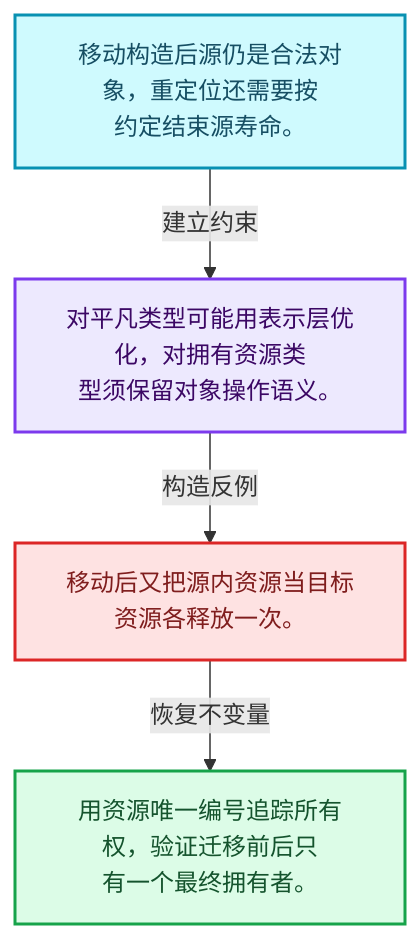
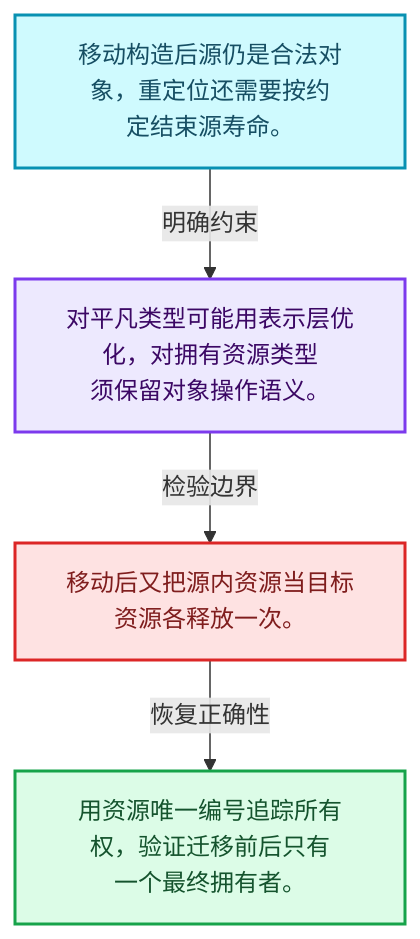
One commit to yunkezengren/blender-.vscode changed the first of 4 diagrams in 杂/markdown/全面学习-codex/03-内存分配与运行时类型/09-CPPType复制移动重定位.md. Above: the diagram before and after it, drawn with Mermaid. The commit also changed other lines of this file and 1930 other files, not shown here.

````diff
--- a/杂/markdown/全面学习-codex/03-内存分配与运行时类型/09-CPPType复制移动重定位.md
+++ b/杂/markdown/全面学习-codex/03-内存分配与运行时类型/09-CPPType复制移动重定位.md
@@ -29,16 +29,16 @@
 ```mermaid
 flowchart TB
-  M["移动构造后源仍是合法对象，重定位还需要按<br/>约定结束源寿命。"]:::data
-  T["对平凡类型可能用表示层优化，对拥有资源类<br/>型须保留对象操作语义。"]:::abstraction
-  X["移动后又把源内资源当目标资源各释放一次。"]:::error
-  A["用资源唯一编号追踪所有权，验证迁移前后只<br/>有一个最终拥有者。"]:::result
-  M -->|"建立约束"| T
-  T -->|"构造反例"| X
-  X -->|"恢复不变量"| A
+  M["移动构造后源仍是合法对象，重定位还需要按约<br/>定结束源寿命。"]:::data
+  C["对平凡类型可能用表示层优化，对拥有资源类型<br/>须保留对象操作语义。"]:::abstraction
+  B["移动后又把源内资源当目标资源各释放一次。"]:::error
+  R["用资源唯一编号追踪所有权，验证迁移前后只有<br/>一个最终拥有者。"]:::result
+  M -->|"明确约束"| C
+  C -->|"检验边界"| B
+  B -->|"恢复正确性"| R
   classDef input fill:#DBEAFE,stroke:#2563EB,color:#172554,stroke-width:2px;
   classDef data fill:#CFFAFE,stroke:#0891B2,color:#164E63,stroke-width:2px;
   classDef abstraction fill:#EDE9FE,stroke:#7C3AED,color:#3B0764,stroke-width:2px;
   classDef compute fill:#FEF3C7,stroke:#D97706,color:#78350F,stroke-width:2px;
   classDef result fill:#DCFCE7,stroke:#16A34A,color:#14532D,stroke-width:2px;
   classDef error fill:#FEE2E2,stroke:#DC2626,color:#7F1D1D,stroke-width:2px;
 ```
````
